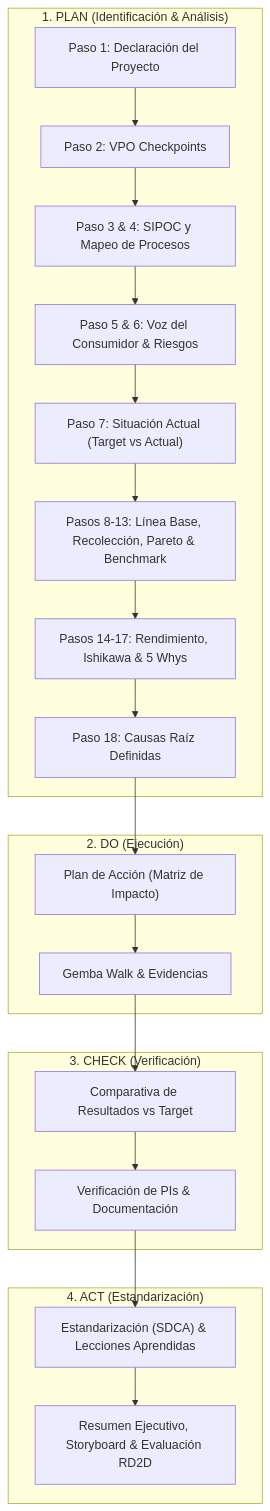
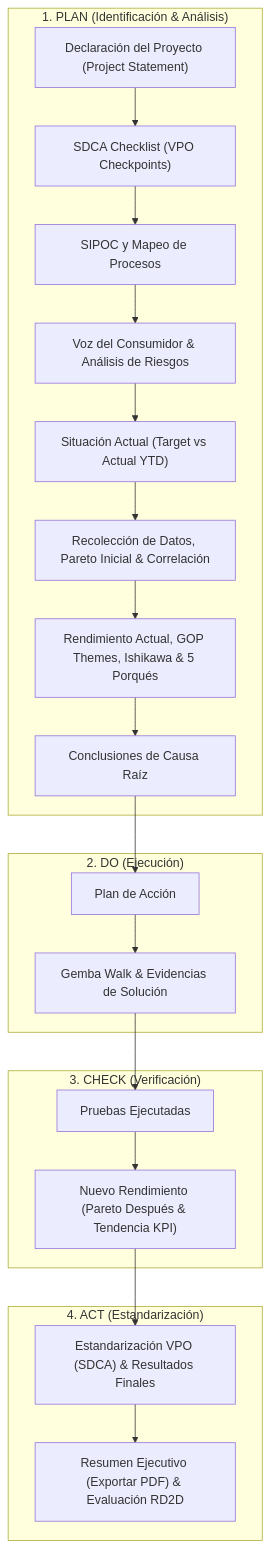
The first of 2 diagrams in README.md (JPflores20/MAZ-HUB), drawn with Mermaid before and after one commit. The commit also changed other lines of this file and 259 other files, not shown here.

````diff
--- a/README.md
+++ b/README.md
@@ -102,27 +118,27 @@
 ```mermaid
 flowchart TD
     subgraph PLAN["1. PLAN (Identificación & Análisis)"]
-        P1["Paso 1: Declaración del Proyecto"] --> P2["Paso 2: VPO Checkpoints"]
-        P2 --> P3["Paso 3 & 4: SIPOC y Mapeo de Procesos"]
-        P3 --> P4["Paso 5 & 6: Voz del Consumidor & Riesgos"]
-        P4 --> P5["Paso 7: Situación Actual (Target vs Actual)"]
-        P5 --> P6["Pasos 8-13: Línea Base, Recolección, Pareto & Benchmark"]
-        P6 --> P7["Pasos 14-17: Rendimiento, Ishikawa & 5 Whys"]
-        P7 --> P8["Paso 18: Causas Raíz Definidas"]
+        P1["Declaración del Proyecto (Project Statement)"] --> P2["SDCA Checklist (VPO Checkpoints)"]
+        P2 --> P3["SIPOC y Mapeo de Procesos"]
+        P3 --> P4["Voz del Consumidor & Análisis de Riesgos"]
+        P4 --> P5["Situación Actual (Target vs Actual YTD)"]
+        P5 --> P6["Recolección de Datos, Pareto Inicial & Correlación"]
+        P6 --> P7["Rendimiento Actual, GOP Themes, Ishikawa & 5 Porqués"]
+        P7 --> P8["Conclusiones de Causa Raíz"]
     end
 
     subgraph DO["2. DO (Ejecución)"]
-        P8 --> D1["Plan de Acción (Matriz de Impacto)"]
-        D1 --> D2["Gemba Walk & Evidencias"]
+        P8 --> D1["Plan de Acción"]
+        D1 --> D2["Gemba Walk & Evidencias de Solución"]
     end
 
     subgraph CHECK["3. CHECK (Verificación)"]
-        D2 --> C1["Comparativa de Resultados vs Target"]
-        C1 --> C2["Verificación de PIs & Documentación"]
+        D2 --> C1["Pruebas Ejecutadas"]
+        C1 --> C2["Nuevo Rendimiento (Pareto Después & Tendencia KPI)"]
     end
 
     subgraph ACT["4. ACT (Estandarización)"]
-        C2 --> A1["Estandarización (SDCA) & Lecciones Aprendidas"]
-        A1 --> A2["Resumen Ejecutivo, Storyboard & Evaluación RD2D"]
+        C2 --> A1["Estandarización VPO (SDCA) & Resultados Finales"]
+        A1 --> A2["Resumen Ejecutivo (Exportar PDF) & Evaluación RD2D"]
     end
 ```
````
